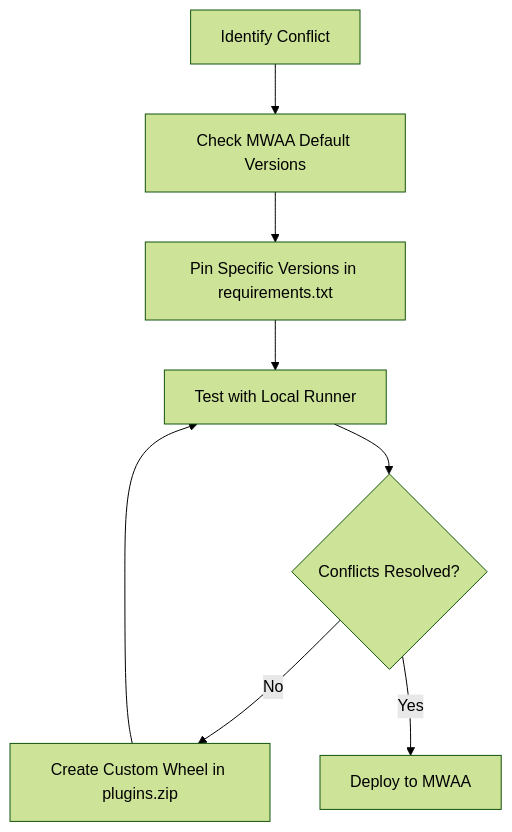
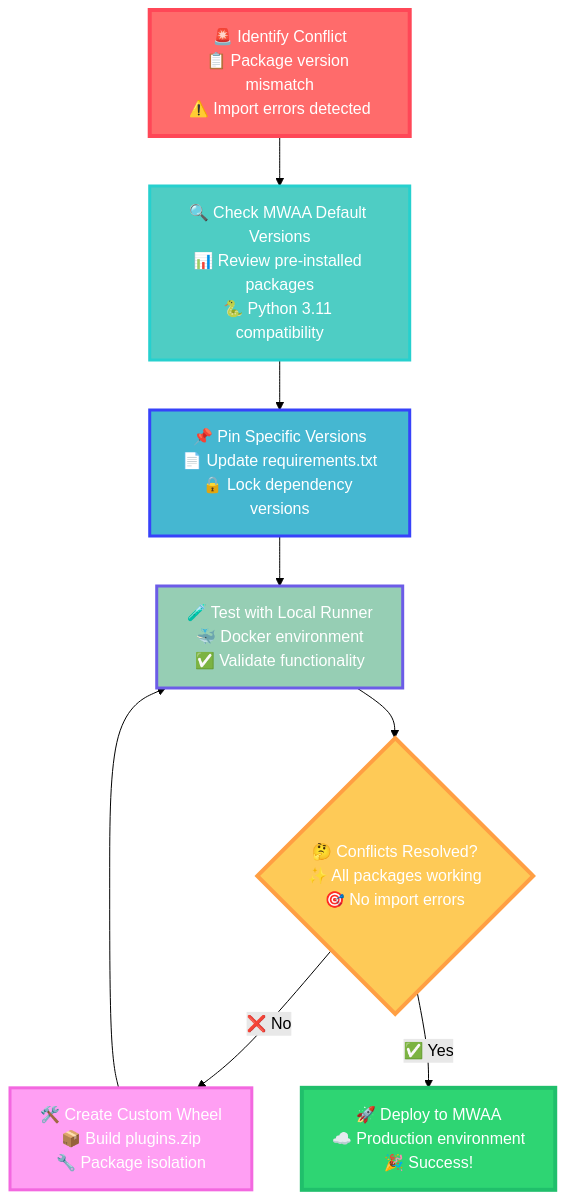
One commit to demoq-demo/mwaa changed the eighth of 12 diagrams in README.md. Above: the diagram before and after it, drawn with Mermaid (forest theme). The commit also changed other lines of this file, not shown here.

````diff
--- a/README.md
+++ b/README.md
@@ -563,10 +574,19 @@
 ```mermaid
 flowchart TD
-    A[Identify Conflict] --> B[Check MWAA Default Versions]
-    B --> C[Pin Specific Versions in requirements.txt]
-    C --> D[Test with Local Runner]
-    D --> E{Conflicts Resolved?}
-    E -->|No| F[Create Custom Wheel in plugins.zip]
-    E -->|Yes| G[Deploy to MWAA]
+    A[🚨 Identify Conflict<br/>📋 Package version mismatch<br/>⚠️ Import errors detected] --> B[🔍 Check MWAA Default Versions<br/>📊 Review pre-installed packages<br/>🐍 Python 3.11 compatibility]
+    B --> C[📌 Pin Specific Versions<br/>📄 Update requirements.txt<br/>🔒 Lock dependency versions]
+    C --> D[🧪 Test with Local Runner<br/>🐳 Docker environment<br/>✅ Validate functionality]
+    D --> E{🤔 Conflicts Resolved?<br/>✨ All packages working<br/>🎯 No import errors}
+    E -->|❌ No| F[🛠️ Create Custom Wheel<br/>📦 Build plugins.zip<br/>🔧 Package isolation]
+    E -->|✅ Yes| G[🚀 Deploy to MWAA<br/>☁️ Production environment<br/>🎉 Success!]
     F --> D
+    
+    %% Colorful styling for visual appeal
+    style A fill:#ff6b6b,stroke:#ff4757,stroke-width:4px,color:#fff
+    style B fill:#4ecdc4,stroke:#26d0ce,stroke-width:3px,color:#fff
+    style C fill:#45b7d1,stroke:#3742fa,stroke-width:3px,color:#fff
+    style D fill:#96ceb4,stroke:#6c5ce7,stroke-width:3px,color:#fff
+    style E fill:#feca57,stroke:#ff9f43,stroke-width:4px,color:#fff
+    style F fill:#ff9ff3,stroke:#f368e0,stroke-width:3px,color:#fff
+    style G fill:#2ed573,stroke:#20bf6b,stroke-width:4px,color:#fff
 ```
````
